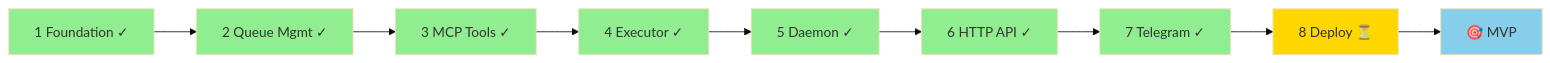
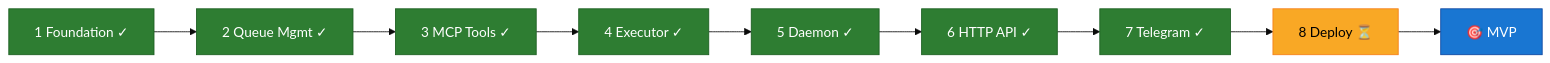
Before and after one commit to reubenjohn/reeve_bot: the diagram in docs/index.md, drawn with Mermaid (base theme).

Commit message:
docs: Fix mermaid colors for dark mode
Use Material Design colors with explicit text colors for
better visibility in both light and dark themes.

````diff
--- a/docs/index.md
+++ b/docs/index.md
@@ -165,18 +165,18 @@
 ```mermaid
 graph LR
     P1[1 Foundation ✓] --> P2[2 Queue Mgmt ✓]
     P2 --> P3[3 MCP Tools ✓]
     P3 --> P4[4 Executor ✓]
     P4 --> P5[5 Daemon ✓]
     P5 --> P6[6 HTTP API ✓]
     P6 --> P7[7 Telegram ✓]
     P7 --> P8[8 Deploy ⏳]
     P8 --> MVP[🎯 MVP]
 
-    classDef done fill:#90EE90
-    classDef wip fill:#FFD700
-    classDef goal fill:#87CEEB
+    classDef done fill:#2e7d32,stroke:#1b5e20,color:#fff
+    classDef wip fill:#f9a825,stroke:#f57f17,color:#000
+    classDef goal fill:#1976d2,stroke:#0d47a1,color:#fff
     class P1,P2,P3,P4,P5,P6,P7 done
     class P8 wip
     class MVP goal
 ```
````
